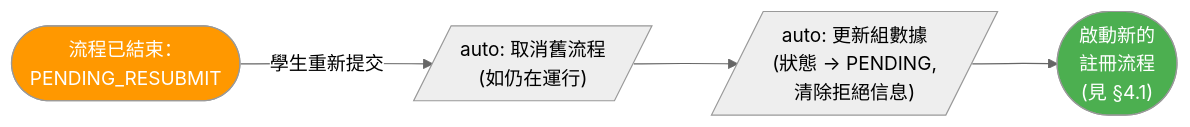
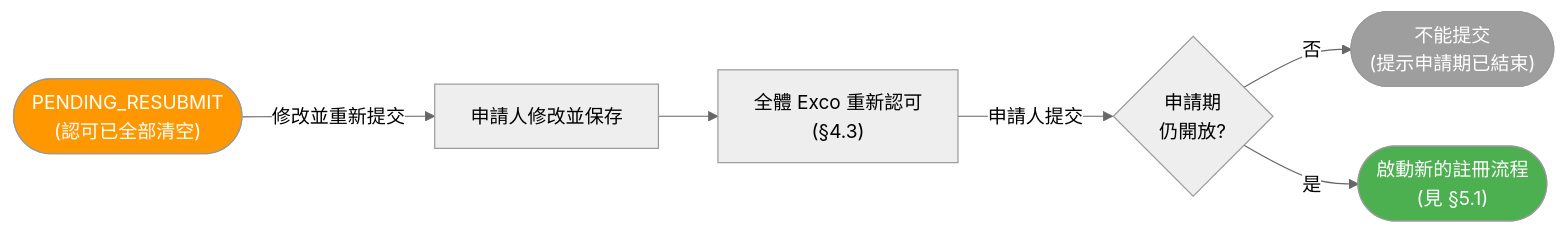
One commit to OneStar-Projects/SLAS-Docs changed the third of 6 diagrams in student-org-workflow-flowcharts.md. Above: the diagram before and after it, drawn with Mermaid (neutral theme). The commit also changed other lines of this file and 12 other files, not shown here.

````diff
--- a/student-org-workflow-flowcharts.md
+++ b/student-org-workflow-flowcharts.md
@@ -253,10 +316,13 @@
 ```mermaid
 flowchart LR
-    Rejected(["流程已結束：<br/>PENDING_RESUBMIT"])
-    Rejected -->|"學生重新提交"| Cancel[/"auto: 取消舊流程<br/>(如仍在運行)"/]
-    Cancel --> Update[/"auto: 更新組數據<br/>(狀態 → PENDING,<br/>清除拒絕信息)"/]
-    Update --> NewProcess(["啟動新的<br/>註冊流程<br/>(見 §4.1)"])
+    Returned(["PENDING_RESUBMIT<br/>(認可已全部清空)"])
+    Returned -->|"修改並重新提交"| Save["申請人修改並保存"]
+    Save --> Endorse["全體 Exco 重新認可<br/>(§4.3)"]
+    Endorse -->|"申請人提交"| CheckPeriod{申請期<br/>仍開放?}
+    CheckPeriod -->|"否"| Blocked(["不能提交<br/>(提示申請期已結束)"])
+    CheckPeriod -->|"是"| NewProcess(["啟動新的註冊流程<br/>(見 §5.1)"])
 
-    style Rejected fill:#FF9800,color:#fff
+    style Returned fill:#FF9800,color:#fff
+    style Blocked fill:#9E9E9E,color:#fff
     style NewProcess fill:#4CAF50,color:#fff
 ```
````
